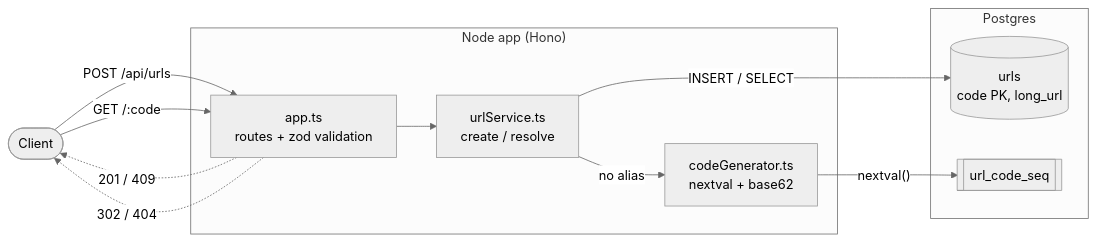
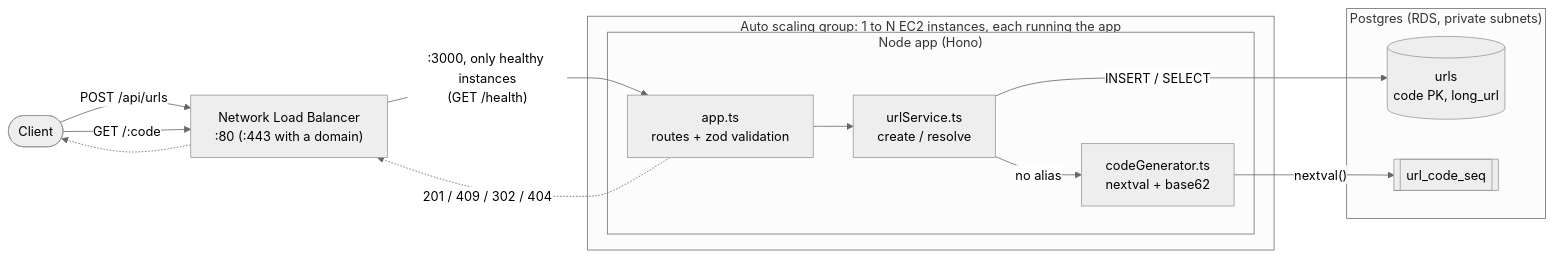
The diagram in README.md (curiousdirection/url-shortener), drawn with Mermaid (neutral theme) before and after one commit. The commit also changed other lines of this file, not shown here.

Commit message:
Show the AWS deployment in the architecture diagram
Claude-Session: https://claude.ai/code/session_01HKC4w4QvVGtewQQw6trsrD

````diff
--- a/README.md
+++ b/README.md
@@ -7,25 +7,29 @@
 ```mermaid
 flowchart LR
     client([Client])
+    nlb["Network Load Balancer<br/>:80 (:443 with a domain)"]
 
-    subgraph app["Node app (Hono)"]
-        routes["app.ts<br/>routes + zod validation"]
-        service["urlService.ts<br/>create / resolve"]
-        gen["codeGenerator.ts<br/>nextval + base62"]
-        routes --> service
-        service -->|"no alias"| gen
+    subgraph asg["Auto scaling group: 1 to N EC2 instances, each running the app"]
+        subgraph app["Node app (Hono)"]
+            routes["app.ts<br/>routes + zod validation"]
+            service["urlService.ts<br/>create / resolve"]
+            gen["codeGenerator.ts<br/>nextval + base62"]
+            routes --> service
+            service -->|"no alias"| gen
+        end
     end
 
-    subgraph pg["Postgres"]
+    subgraph pg["Postgres (RDS, private subnets)"]
         urls[("urls<br/>code PK, long_url")]
         seq[["url_code_seq"]]
     end
 
-    client -->|"POST /api/urls"| routes
-    client -->|"GET /:code"| routes
-    routes -.->|"201 / 409"| client
-    routes -.->|"302 / 404"| client
+    client -->|"POST /api/urls"| nlb
+    client -->|"GET /:code"| nlb
+    nlb -->|":3000, only healthy instances<br/>(GET /health)"| routes
+    routes -.->|"201 / 409 / 302 / 404"| nlb
+    nlb -.-> client
 
     service -->|"INSERT / SELECT"| urls
     gen -->|"nextval()"| seq
 ```
````
